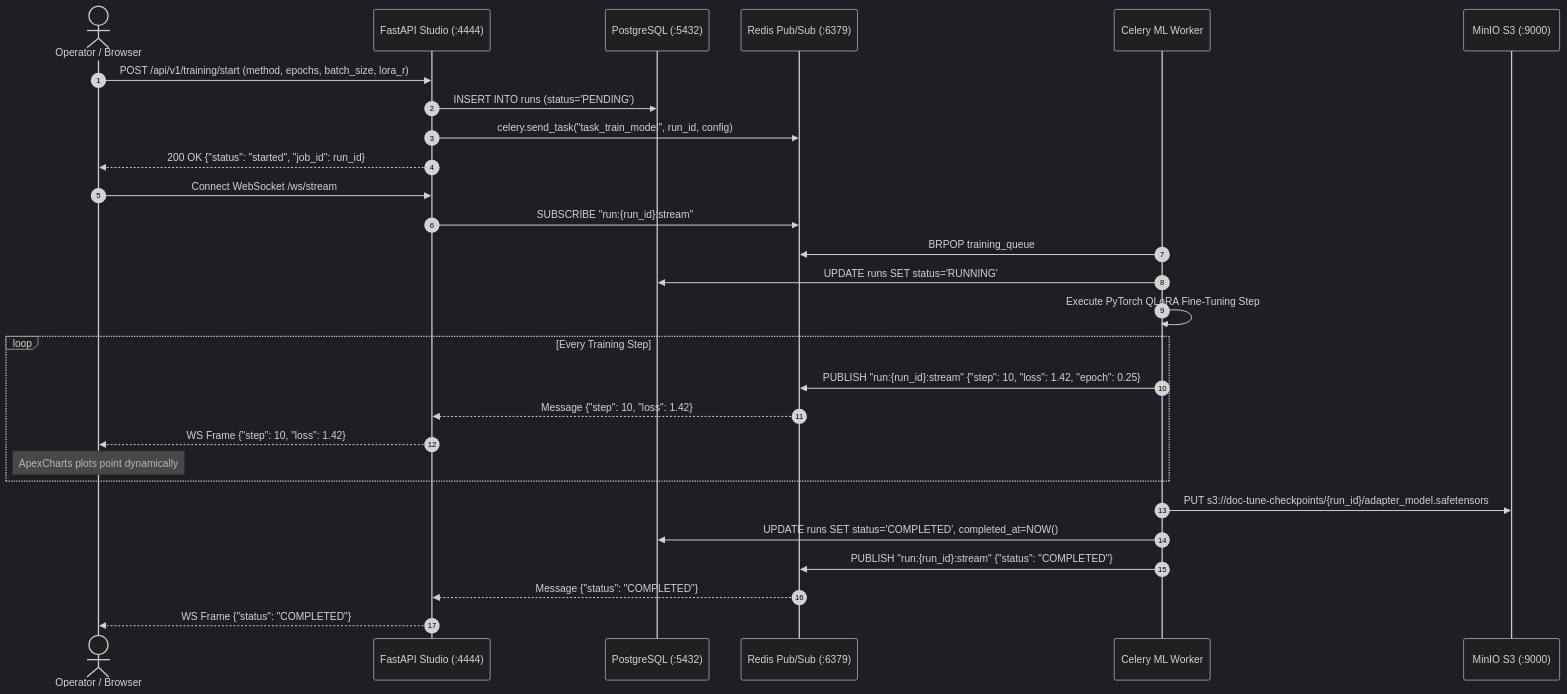
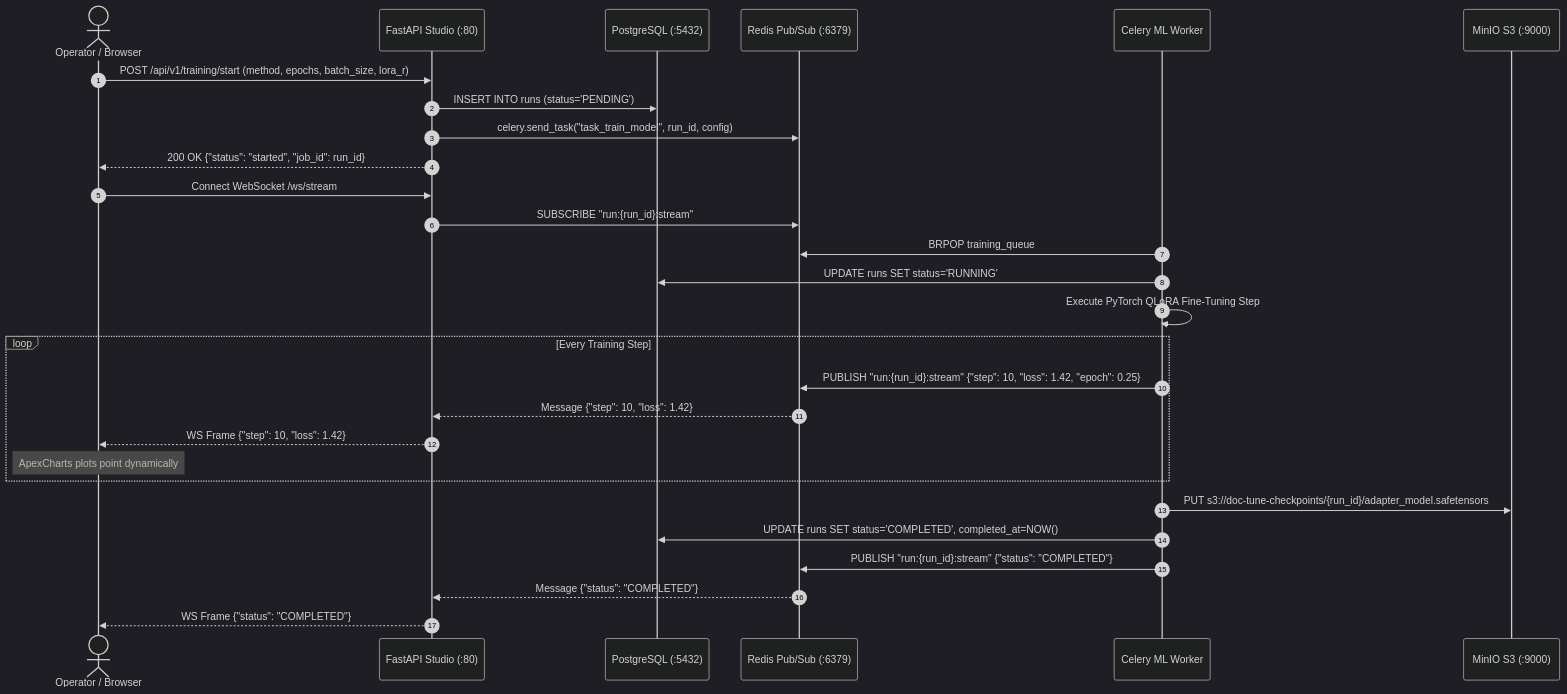
One commit to Niccher/DocTune changed the diagram in docs/architecture/communication.md. Above: the diagram before and after it, drawn with Mermaid (dark theme). The commit also changed 20 other files, not shown here.

````diff
--- a/docs/architecture/communication.md
+++ b/docs/architecture/communication.md
@@ -24,35 +24,35 @@
 ```mermaid
 sequenceDiagram
     autonumber
     actor User as Operator / Browser
-    participant Web as FastAPI Studio (:4444)
+    participant Web as FastAPI Studio (:80)
     participant DB as PostgreSQL (:5432)
     participant Redis as Redis Pub/Sub (:6379)
     participant Worker as Celery ML Worker
     participant MinIO as MinIO S3 (:9000)
 
     User->>Web: POST /api/v1/training/start (method, epochs, batch_size, lora_r)
     Web->>DB: INSERT INTO runs (status='PENDING')
     Web->>Redis: celery.send_task("task_train_model", run_id, config)
     Web-->>User: 200 OK {"status": "started", "job_id": run_id}
 
     User->>Web: Connect WebSocket /ws/stream
     Web->>Redis: SUBSCRIBE "run:{run_id}:stream"
 
     Worker->>Redis: BRPOP training_queue
     Worker->>DB: UPDATE runs SET status='RUNNING'
     Worker->>Worker: Execute PyTorch QLoRA Fine-Tuning Step
 
     loop Every Training Step
         Worker->>Redis: PUBLISH "run:{run_id}:stream" {"step": 10, "loss": 1.42, "epoch": 0.25}
         Redis-->>Web: Message {"step": 10, "loss": 1.42}
         Web-->>User: WS Frame {"step": 10, "loss": 1.42}
         Note over User: ApexCharts plots point dynamically
     end
 
     Worker->>MinIO: PUT s3://doc-tune-checkpoints/{run_id}/adapter_model.safetensors
     Worker->>DB: UPDATE runs SET status='COMPLETED', completed_at=NOW()
     Worker->>Redis: PUBLISH "run:{run_id}:stream" {"status": "COMPLETED"}
     Redis-->>Web: Message {"status": "COMPLETED"}
     Web-->>User: WS Frame {"status": "COMPLETED"}
 ```
````
